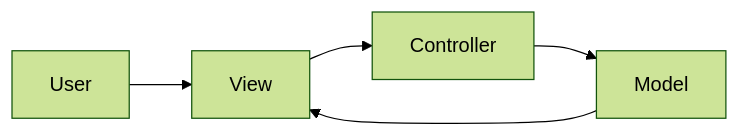
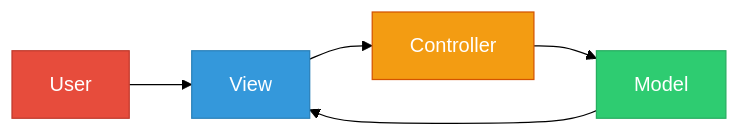
One commit to Raushan666java/ai-engineering-journey changed the third of 9 diagrams in docs/courses/software-engineering/04-architectural-design.md. Above: the diagram before and after it, drawn with Mermaid (forest theme). The commit also changed other lines of this file and 15 other files, not shown here.

Commit message:
deploy: software-engineering overhaul - 16 chapters expanded to avg 1284L (+7649L), richer Mermaid, more TS, deeper content

````diff
--- a/docs/courses/software-engineering/04-architectural-design.md
+++ b/docs/courses/software-engineering/04-architectural-design.md
@@ -121,7 +168,16 @@
 ```mermaid
 graph LR
     U[User] --> V[View]
     V --> C[Controller]
     C --> M[Model]
     M --> V
+
+    classDef user fill:#e74c3c,stroke:#c0392b,color:#fff
+    classDef view fill:#3498db,stroke:#2980b9,color:#fff
+    classDef ctrl fill:#f39c12,stroke:#d35400,color:#fff
+    classDef model fill:#2ecc71,stroke:#27ae60,color:#fff
+    class U user
+    class V view
+    class C ctrl
+    class M model
 ```
````
